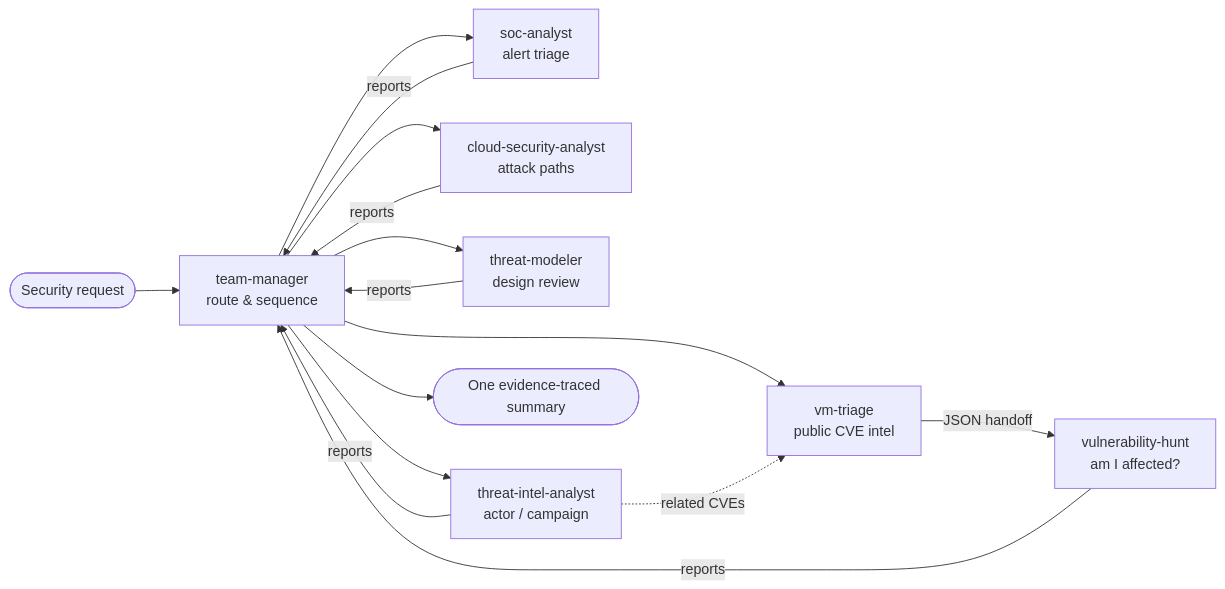
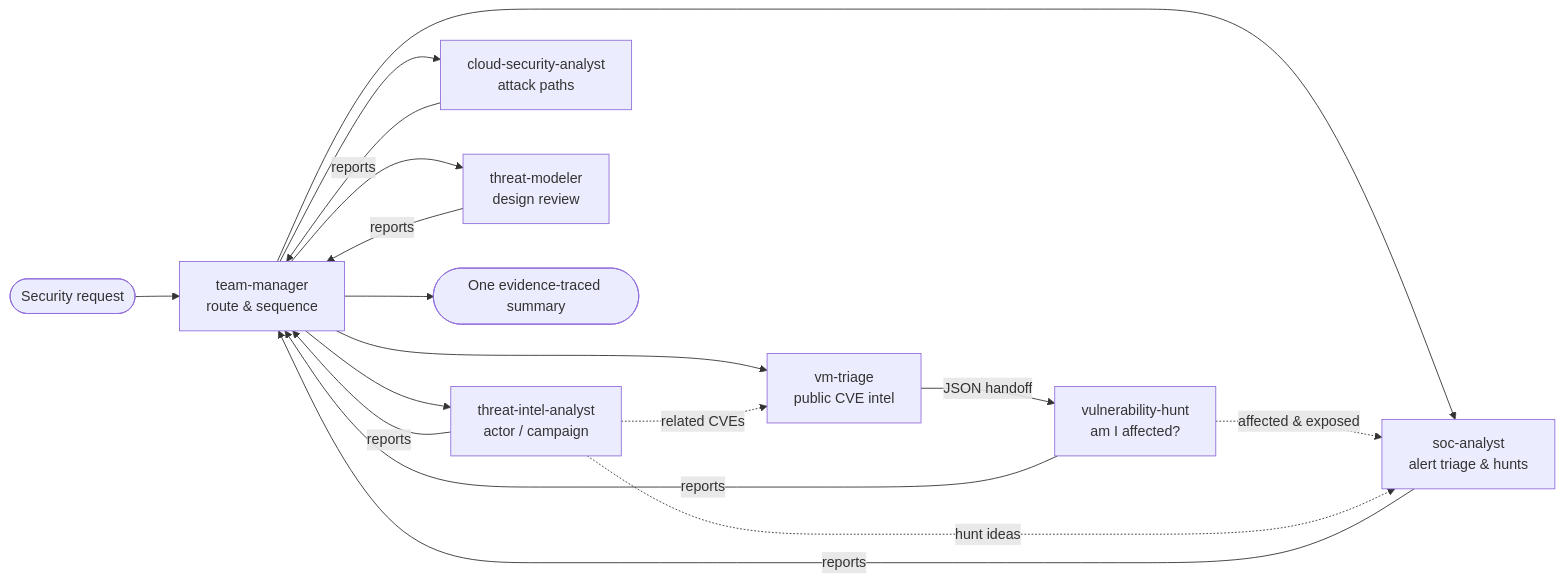
One commit to Milind2135/AI-Security-Agents changed the diagram in README.md. Above: the diagram before and after it, drawn with Mermaid. The commit also changed other lines of this file and 40 other files, not shown here.

First line of the commit message:
soc-analyst v3.0: hunt mode; route hunting to soc-analyst (vm-triage 5.5, vulnerability-hunt 1.6, threat-intel-analyst 3.1, team-manager 2.1); guides, tests, fixtures

````diff
--- a/README.md
+++ b/README.md
@@ -25,13 +25,15 @@
 ```mermaid
 flowchart LR
     R([Security request]) --> TM[team-manager<br/>route & sequence]
     TM --> VT[vm-triage<br/>public CVE intel]
     VT -- JSON handoff --> VH[vulnerability-hunt<br/>am I affected?]
-    TM --> SOC[soc-analyst<br/>alert triage]
+    TM --> SOC[soc-analyst<br/>alert triage & hunts]
+    VH -. affected & exposed .-> SOC
+    TI -. hunt ideas .-> SOC
     TM --> CSA[cloud-security-analyst<br/>attack paths]
     TM --> THM[threat-modeler<br/>design review]
     TM --> TI[threat-intel-analyst<br/>actor / campaign]
     TI -. related CVEs .-> VT
     VH & SOC & CSA & THM & TI -- reports --> TM
     TM --> S([One evidence-traced summary])
 ```
````
